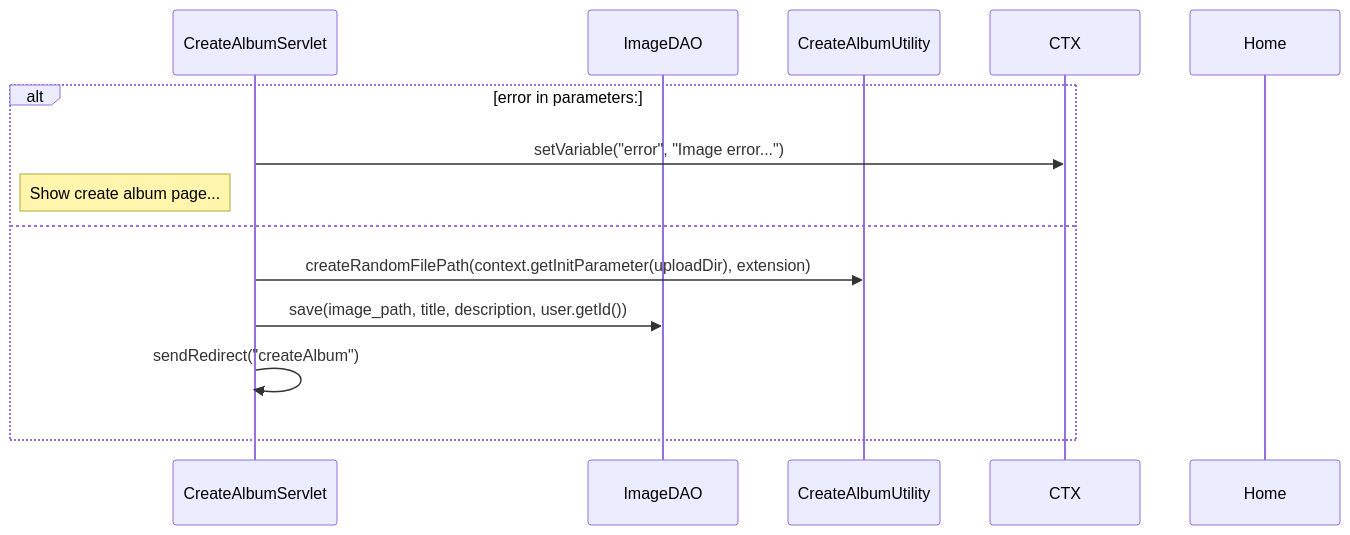
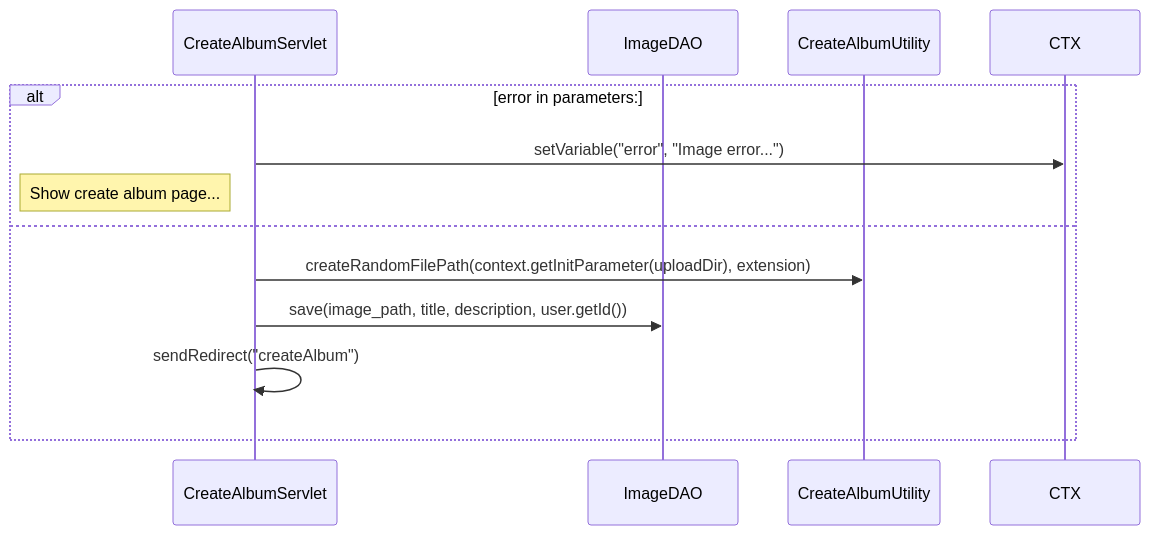
The diagram in documents/UML/uploadimage.mmd (FrancescoCaracciolo/TIW-24-html), drawn with Mermaid before and after one commit. The commit also changed 1 other file, not shown here.

Commit message:
Fix error in UML diagram

```diff
--- a/documents/UML/uploadimage.mmd
+++ b/documents/UML/uploadimage.mmd
@@ -1,15 +1,14 @@
 sequenceDiagram
     participant CreateAlbumServlet
     participant ImageDAO
     participant CreateAlbumUtility
     participant CTX
-    participant Home
 
     alt error in parameters:
         CreateAlbumServlet ->> CTX: setVariable("error", "Image error...")
         Note left of CreateAlbumServlet: Show create album page...
     else
     CreateAlbumServlet ->> CreateAlbumUtility: createRandomFilePath(context.getInitParameter(uploadDir), extension)
     CreateAlbumServlet ->> ImageDAO: save(image_path, title, description, user.getId())
     CreateAlbumServlet ->> CreateAlbumServlet: sendRedirect("createAlbum")
     end         
```
